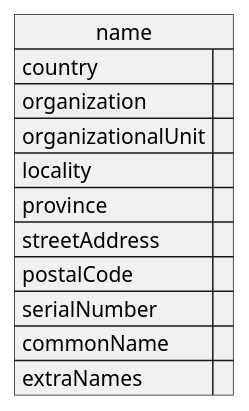
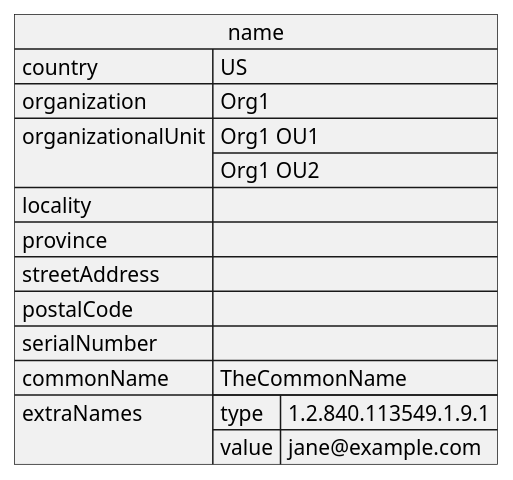
One commit to dcunited001/zettelkasten changed the fourth of 5 diagrams in slips/20250331050449-smallstep_ca_policy_and_provisioner_configuration.org. Above: the diagram before and after it, drawn with PlantUML. The commit also changed other lines of this file and 9 other files, not shown here.

```diff
--- a/slips/20250331050449-smallstep_ca_policy_and_provisioner_configuration.org
+++ b/slips/20250331050449-smallstep_ca_policy_and_provisioner_configuration.org
@@ -74,14 +417,14 @@
 #+begin_src plantuml :noweb-ref x509Name
 json name {
-  "country": [],
-  "organization": [],
-  "organizationalUnit": [],
+  "country": ["US"],
+  "organization": ["Org1"],
+  "organizationalUnit": ["Org1 OU1", "Org1 OU2"],
   "locality": [],
   "province": [],
   "streetAddress": [],
   "postalCode": [],
   "serialNumber": "",
-  "commonName": "",
-  "extraNames": []
+  "commonName": "TheCommonName",
+  "extraNames": [{"type":"1.2.840.113549.1.9.1", "value":"jane@example.com"}]
 }
 #+end_src
```
